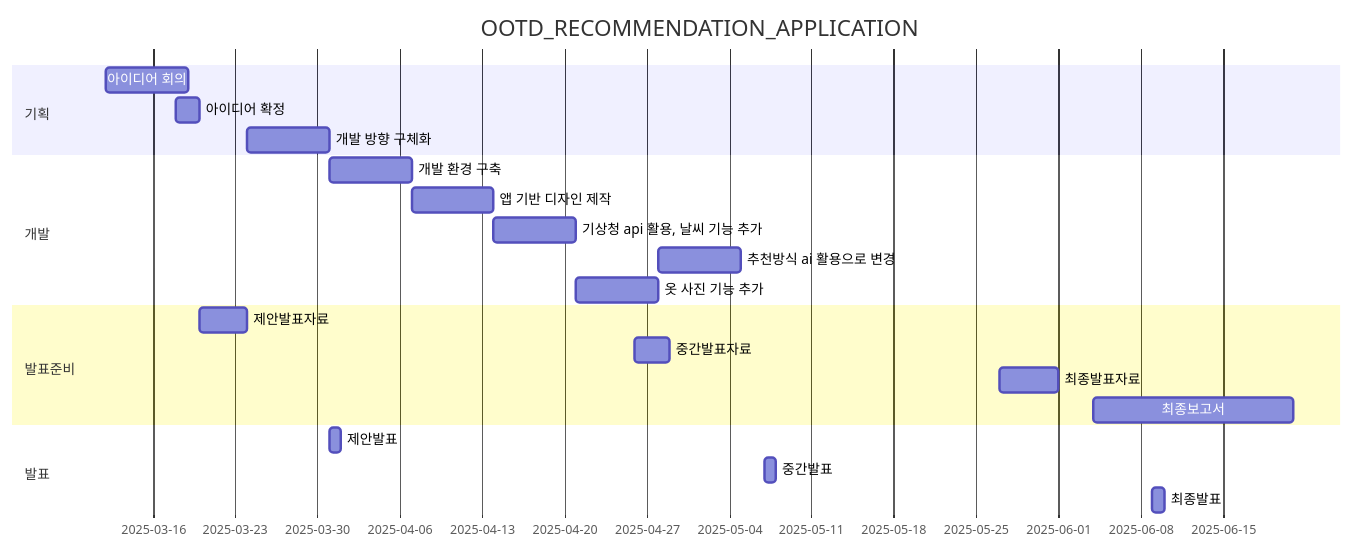
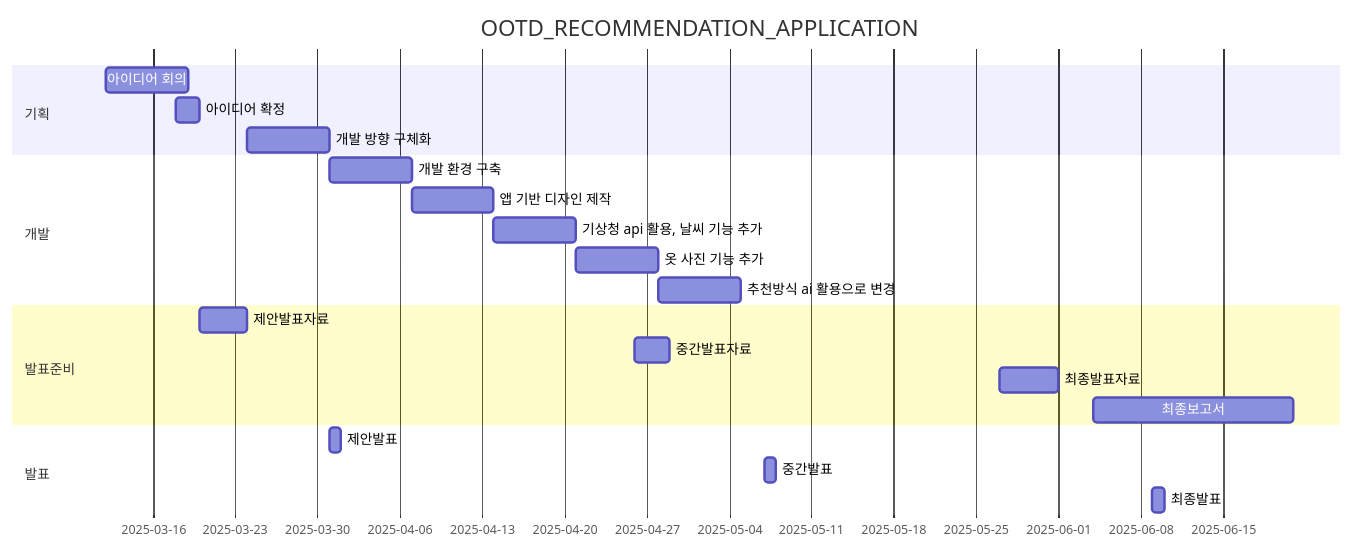
Before and after one commit to Introduction-to-Engineering-Design-13/LOR: the diagram in project-plan.md, drawn with Mermaid.

````diff
--- a/project-plan.md
+++ b/project-plan.md
@@ -1,30 +1,31 @@
 ```mermaid
 gantt
     title OOTD_RECOMMENDATION_APPLICATION
 
     dateFormat  YYYY-MM-DD
 
     section 기획
     아이디어 회의      :a1, 2025-03-12, 7d
     아이디어 확정      :a2, 2025-03-18, 2d
     개발 방향 구체화    :a3, after d1, 7d
     
     section 개발
     개발 환경 구축        :c1, after a3, 7d
     앱 기반 디자인 제작    :c2, after c1, 7d
     기상청 api 활용, 날씨 기능 추가     : c3, after c2, 7d
+옷 사진 기능 추가      :c5,after c3,7d
     추천방식 ai 활용으로 변경        :c4 , after c5, 7d
-옷 사진 기능 추가      :c5,after c3,7d
+
 
     section 발표준비
     제안발표자료        :d1,    after a2,      4d
     중간발표자료        :d2,    2025-04-26,    3d
     최종발표자료        :d3,    2025-05-27,    5d
     최종보고서          :d4,    2025-06-04,    17d
 
     section 발표
     제안발표            :e1,    2025-03-31,    1d 
     중간발표            :e2,    2025-05-07,    1d
     최종발표            :e3,    2025-06-09,    1d
 
 ```
````
